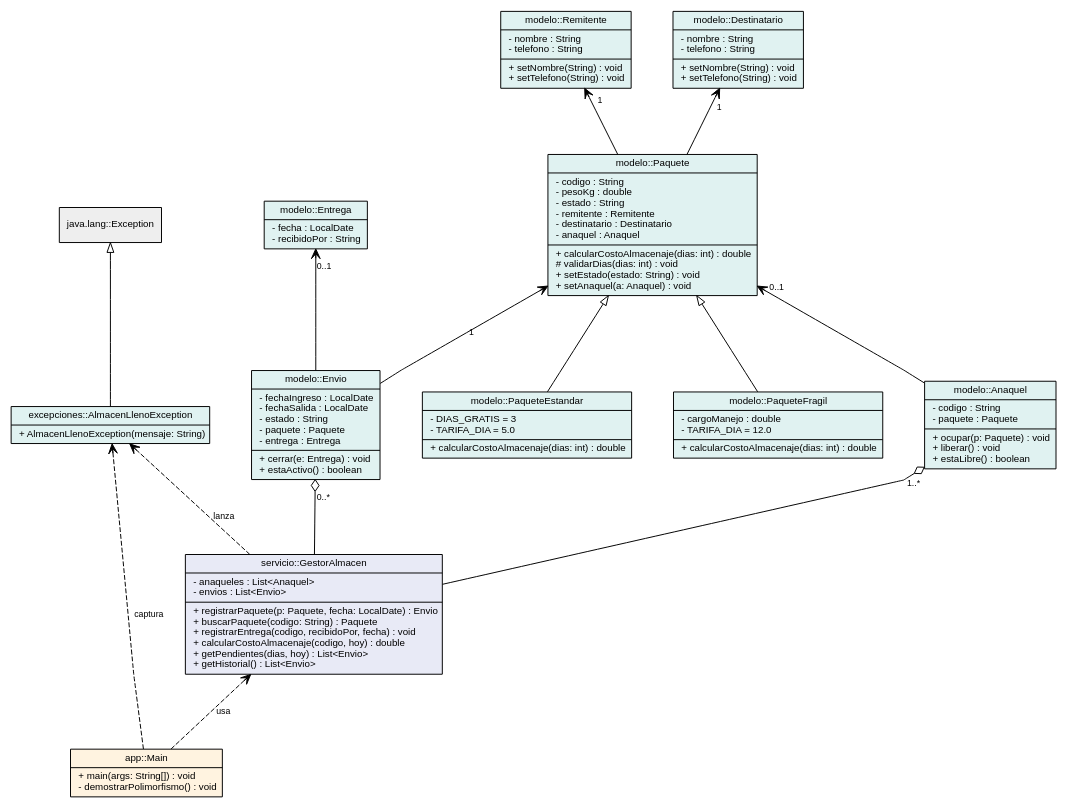
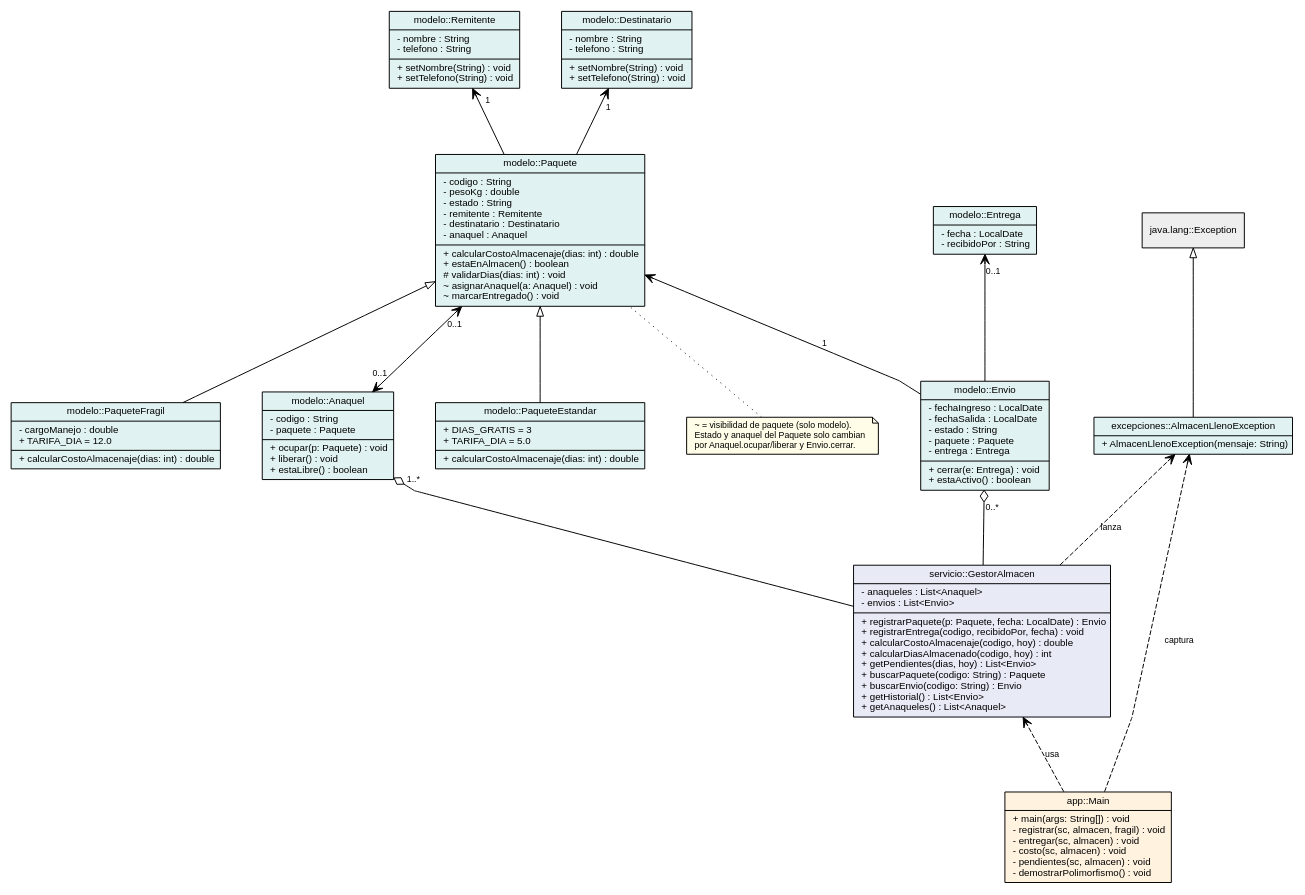
The diagram in docs/uml_almacen.dot (jmbf010907-ui/Proyecto-Integrador-ALMACEN-DE-PAQUETES), drawn with Graphviz before and after one commit. The commit also changed 32 other files, not shown here.

```diff
--- a/docs/uml_almacen.dot
+++ b/docs/uml_almacen.dot
@@ -1,33 +1,36 @@
 digraph UML {
   rankdir=BT; nodesep=0.6; ranksep=0.9; splines=polyline;
   graph [fontname="Arial"];
   node [shape=record, fontname="Arial", fontsize=10, style=filled, fillcolor="#E0F2F1"];
   edge [fontname="Arial", fontsize=9];
 
-  Main [fillcolor="#FFF3E0", label="{app::Main|+ main(args: String[]) : void\l- demostrarPolimorfismo() : void\l}"];
-  Gestor [fillcolor="#E8EAF6", label="{servicio::GestorAlmacen|- anaqueles : List\<Anaquel\>\l- envios : List\<Envio\>\l|+ registrarPaquete(p: Paquete, fecha: LocalDate) : Envio\l+ buscarPaquete(codigo: String) : Paquete\l+ registrarEntrega(codigo, recibidoPor, fecha) : void\l+ calcularCostoAlmacenaje(codigo, hoy) : double\l+ getPendientes(dias, hoy) : List\<Envio\>\l+ getHistorial() : List\<Envio\>\l}"];
+  Main [fillcolor="#FFF3E0", label="{app::Main|+ main(args: String[]) : void\l- registrar(sc, almacen, fragil) : void\l- entregar(sc, almacen) : void\l- costo(sc, almacen) : void\l- pendientes(sc, almacen) : void\l- demostrarPolimorfismo() : void\l}"];
+  Gestor [fillcolor="#E8EAF6", label="{servicio::GestorAlmacen|- anaqueles : List\<Anaquel\>\l- envios : List\<Envio\>\l|+ registrarPaquete(p: Paquete, fecha: LocalDate) : Envio\l+ registrarEntrega(codigo, recibidoPor, fecha) : void\l+ calcularCostoAlmacenaje(codigo, hoy) : double\l+ calcularDiasAlmacenado(codigo, hoy) : int\l+ getPendientes(dias, hoy) : List\<Envio\>\l+ buscarPaquete(codigo: String) : Paquete\l+ buscarEnvio(codigo: String) : Envio\l+ getHistorial() : List\<Envio\>\l+ getAnaqueles() : List\<Anaquel\>\l}"];
   Exc [label="{excepciones::AlmacenLlenoException|+ AlmacenLlenoException(mensaje: String)\l}"];
   Exception [fillcolor="#EEEEEE", label="{java.lang::Exception}"];
-  Paquete [label="{modelo::Paquete|- codigo : String\l- pesoKg : double\l- estado : String\l- remitente : Remitente\l- destinatario : Destinatario\l- anaquel : Anaquel\l|+ calcularCostoAlmacenaje(dias: int) : double\l# validarDias(dias: int) : void\l+ setEstado(estado: String) : void\l+ setAnaquel(a: Anaquel) : void\l}"];
-  Est [label="{modelo::PaqueteEstandar|- DIAS_GRATIS = 3\l- TARIFA_DIA = 5.0\l|+ calcularCostoAlmacenaje(dias: int) : double\l}"];
-  Fra [label="{modelo::PaqueteFragil|- cargoManejo : double\l- TARIFA_DIA = 12.0\l|+ calcularCostoAlmacenaje(dias: int) : double\l}"];
+  Paquete [label="{modelo::Paquete|- codigo : String\l- pesoKg : double\l- estado : String\l- remitente : Remitente\l- destinatario : Destinatario\l- anaquel : Anaquel\l|+ calcularCostoAlmacenaje(dias: int) : double\l+ estaEnAlmacen() : boolean\l# validarDias(dias: int) : void\l~ asignarAnaquel(a: Anaquel) : void\l~ marcarEntregado() : void\l}"];
+  Est [label="{modelo::PaqueteEstandar|+ DIAS_GRATIS = 3\l+ TARIFA_DIA = 5.0\l|+ calcularCostoAlmacenaje(dias: int) : double\l}"];
+  Fra [label="{modelo::PaqueteFragil|- cargoManejo : double\l+ TARIFA_DIA = 12.0\l|+ calcularCostoAlmacenaje(dias: int) : double\l}"];
   Rem [label="{modelo::Remitente|- nombre : String\l- telefono : String\l|+ setNombre(String) : void\l+ setTelefono(String) : void\l}"];
   Des [label="{modelo::Destinatario|- nombre : String\l- telefono : String\l|+ setNombre(String) : void\l+ setTelefono(String) : void\l}"];
   Ana [label="{modelo::Anaquel|- codigo : String\l- paquete : Paquete\l|+ ocupar(p: Paquete) : void\l+ liberar() : void\l+ estaLibre() : boolean\l}"];
   Env [label="{modelo::Envio|- fechaIngreso : LocalDate\l- fechaSalida : LocalDate\l- estado : String\l- paquete : Paquete\l- entrega : Entrega\l|+ cerrar(e: Entrega) : void\l+ estaActivo() : boolean\l}"];
   Ent [label="{modelo::Entrega|- fecha : LocalDate\l- recibidoPor : String\l}"];
 
   Est -> Paquete [arrowhead=empty];
   Fra -> Paquete [arrowhead=empty];
   Exc -> Exception [arrowhead=empty];
   Main -> Gestor [style=dashed, arrowhead=vee, label="usa"];
   Main -> Exc [style=dashed, arrowhead=vee, label="captura"];
   Gestor -> Exc [style=dashed, arrowhead=vee, label="lanza"];
   Gestor -> Ana [arrowhead=odiamond, headlabel="1..*", labeldistance=2];
   Gestor -> Env [arrowhead=odiamond, headlabel="0..*", labeldistance=2];
   Env -> Paquete [arrowhead=vee, label="1"];
   Env -> Ent [arrowhead=vee, headlabel="0..1", labeldistance=2];
-  Ana -> Paquete [arrowhead=vee, headlabel="0..1", labeldistance=2];
+  Ana -> Paquete [dir=both, arrowhead=vee, arrowtail=vee, headlabel="0..1", taillabel="0..1", labeldistance=2];
   Paquete -> Rem [arrowhead=vee, headlabel="1", labeldistance=2];
   Paquete -> Des [arrowhead=vee, headlabel="1", labeldistance=2];
+
+  nota [shape=note, fillcolor="#FFFDE7", fontsize=9, label="~ = visibilidad de paquete (solo modelo).\lEstado y anaquel del Paquete solo cambian\lpor Anaquel.ocupar/liberar y Envio.cerrar.\l"];
+  nota -> Paquete [style=dotted, arrowhead=none];
 }
```
